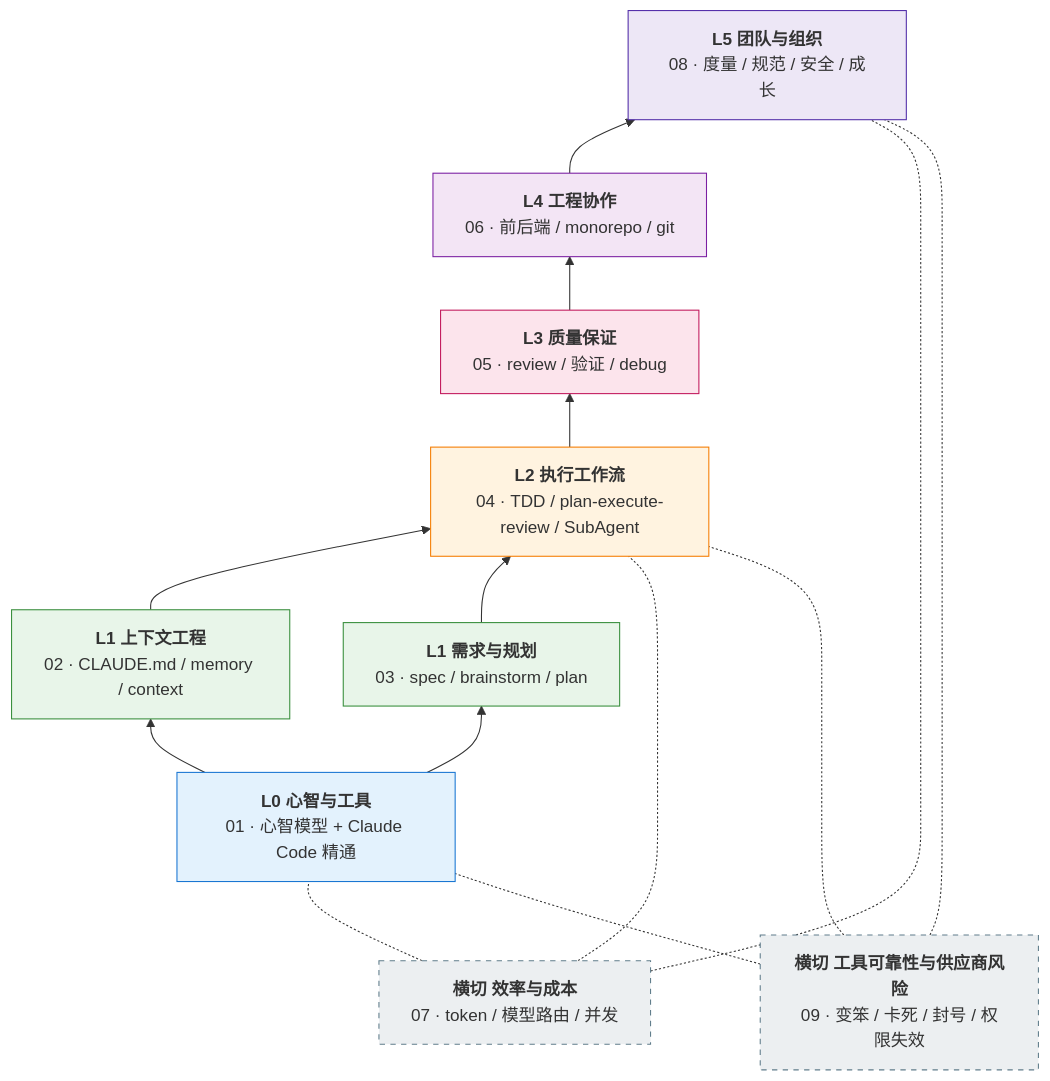
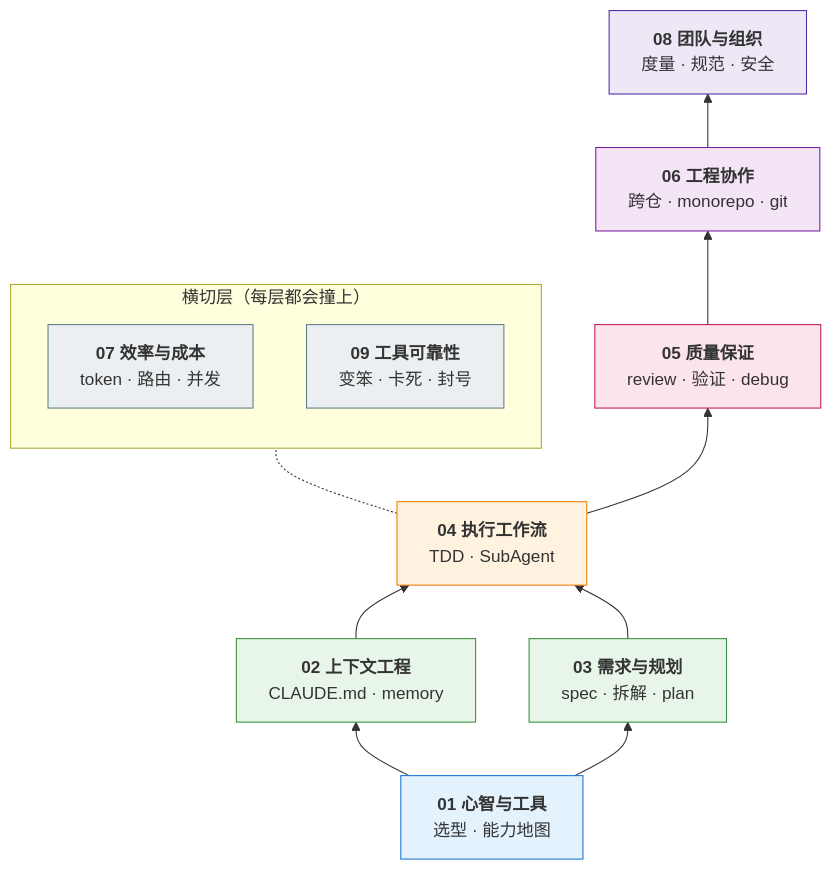
One commit to BigKunLun/AI-Coding-Playbook changed the first of 2 diagrams in README.md. Above: the diagram before and after it, drawn with Mermaid. The commit also changed other lines of this file and 85 other files, not shown here.

````diff
--- a/README.md
+++ b/README.md
@@ -37,30 +45,29 @@
 ```mermaid
 flowchart BT
-    A["<b>L0 心智与工具</b><br/>01 · 心智模型 + Claude Code 精通"]
-    B["<b>L1 上下文工程</b><br/>02 · CLAUDE.md / memory / context"]
-    C["<b>L1 需求与规划</b><br/>03 · spec / brainstorm / plan"]
-    D["<b>L2 执行工作流</b><br/>04 · TDD / plan-execute-review / SubAgent"]
-    E["<b>L3 质量保证</b><br/>05 · review / 验证 / debug"]
-    F["<b>L4 工程协作</b><br/>06 · 前后端 / monorepo / git"]
-    G["<b>L5 团队与组织</b><br/>08 · 度量 / 规范 / 安全 / 成长"]
-    X["<b>横切 效率与成本</b><br/>07 · token / 模型路由 / 并发"]
-    Y["<b>横切 工具可靠性与供应商风险</b><br/>09 · 变笨 / 卡死 / 封号 / 权限失效"]
+    A["<b>01 心智与工具</b><br/>选型 · 能力地图"]
+    B["<b>02 上下文工程</b><br/>CLAUDE.md · memory"]
+    C["<b>03 需求与规划</b><br/>spec · 拆解 · plan"]
+    D["<b>04 执行工作流</b><br/>TDD · SubAgent"]
+    E["<b>05 质量保证</b><br/>review · 验证 · debug"]
+    F["<b>06 工程协作</b><br/>跨仓 · monorepo · git"]
+    G["<b>08 团队与组织</b><br/>度量 · 规范 · 安全"]
+
+    subgraph X ["横切层（每层都会撞上）"]
+        direction TB
+        H["<b>07 效率与成本</b><br/>token · 路由 · 并发"]
+        I["<b>09 工具可靠性</b><br/>变笨 · 卡死 · 封号"]
+    end
 
     A --> B & C --> D --> E --> F --> G
-    X -.- A
-    X -.- D
-    X -.- G
-    Y -.- A
-    Y -.- D
-    Y -.- G
+    D -.- X
 
     style A fill:#e3f2fd,stroke:#1976d2
     style B fill:#e8f5e9,stroke:#388e3c
     style C fill:#e8f5e9,stroke:#388e3c
     style D fill:#fff3e0,stroke:#f57c00
     style E fill:#fce4ec,stroke:#c2185b
     style F fill:#f3e5f5,stroke:#7b1fa2
     style G fill:#ede7f6,stroke:#512da8
-    style X fill:#eceff1,stroke:#607d8b,stroke-dasharray: 5 5
-    style Y fill:#eceff1,stroke:#607d8b,stroke-dasharray: 5 5
+    style H fill:#eceff1,stroke:#607d8b
+    style I fill:#eceff1,stroke:#607d8b
 ```
````
